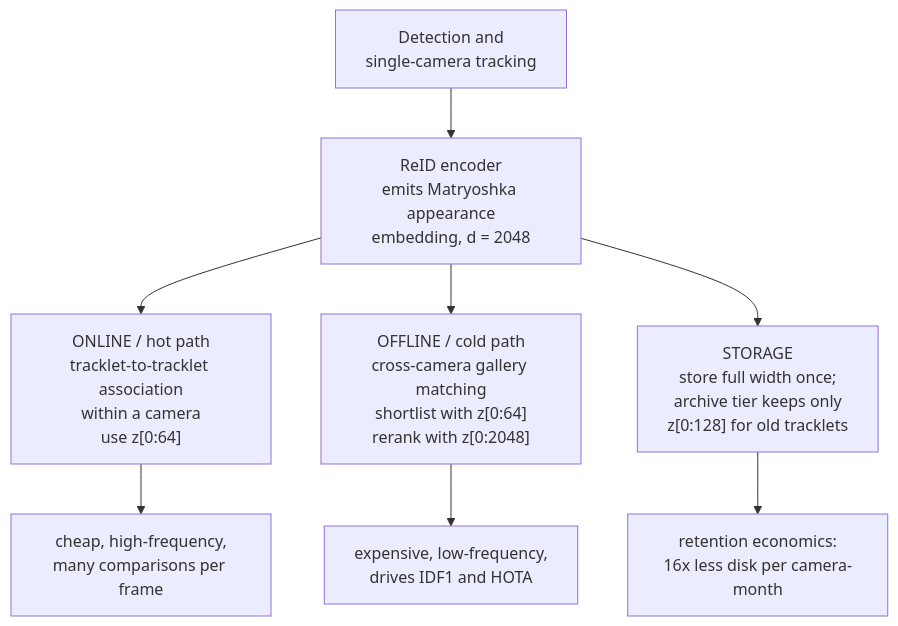
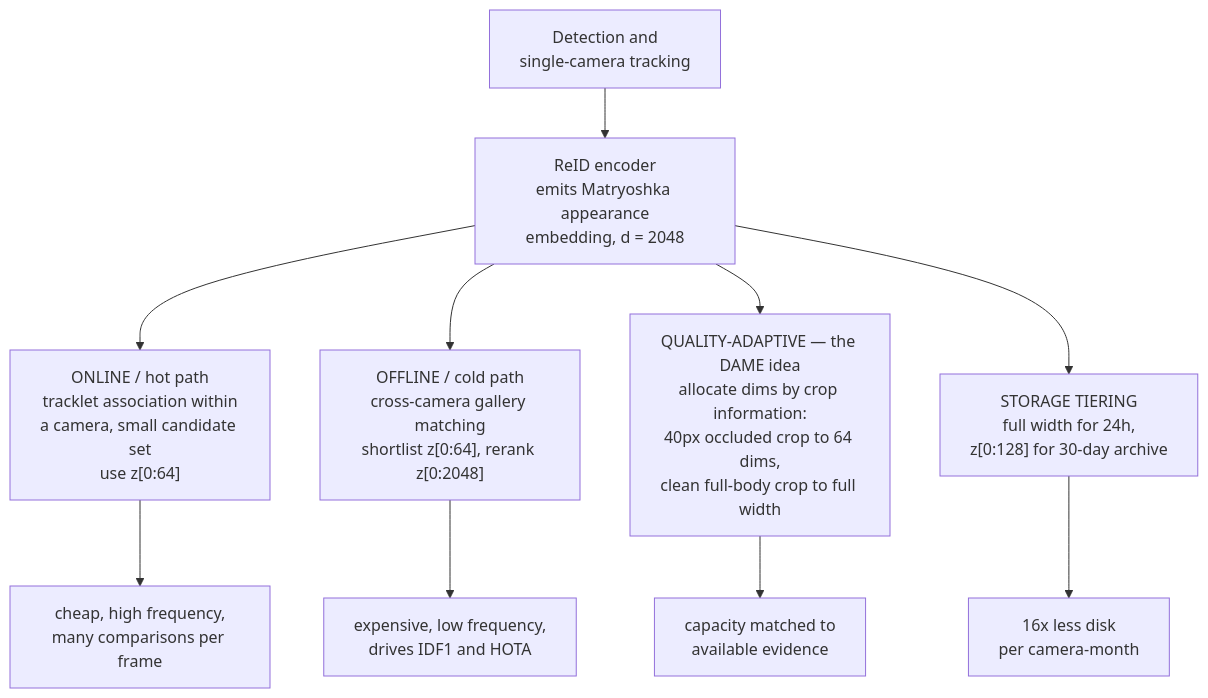
One commit to karolmajek/torment-nexus changed the eighth of 8 diagrams in docs/mrl-kb.md. Above: the diagram before and after it, drawn with Mermaid. The commit also changed other lines of this file, not shown here.

````diff
--- a/docs/mrl-kb.md
+++ b/docs/mrl-kb.md
@@ -386,12 +540,14 @@
 ```mermaid
 flowchart TD
     DET["Detection and<br/>single-camera tracking"] --> EMB["ReID encoder<br/>emits Matryoshka appearance<br/>embedding, d = 2048"]
 
-    EMB --> HOT["ONLINE / hot path<br/>tracklet-to-tracklet association<br/>within a camera<br/>use z[0:64]"]
-    EMB --> COLD["OFFLINE / cold path<br/>cross-camera gallery matching<br/>shortlist with z[0:64]<br/>rerank with z[0:2048]"]
-    EMB --> STORE["STORAGE<br/>store full width once;<br/>archive tier keeps only<br/>z[0:128] for old tracklets"]
+    EMB --> HOT["ONLINE / hot path<br/>tracklet association within<br/>a camera, small candidate set<br/>use z[0:64]"]
+    EMB --> COLD["OFFLINE / cold path<br/>cross-camera gallery matching<br/>shortlist z[0:64], rerank z[0:2048]"]
+    EMB --> QUAL["QUALITY-ADAPTIVE — the DAME idea<br/>allocate dims by crop information:<br/>40px occluded crop to 64 dims,<br/>clean full-body crop to full width"]
+    EMB --> STORE["STORAGE TIERING<br/>full width for 24h,<br/>z[0:128] for 30-day archive"]
 
-    HOT --> ASSOC["cheap, high-frequency,<br/>many comparisons per frame"]
-    COLD --> IDF["expensive, low-frequency,<br/>drives IDF1 and HOTA"]
-    STORE --> RET["retention economics:<br/>16x less disk per camera-month"]
+    HOT --> ASSOC["cheap, high frequency,<br/>many comparisons per frame"]
+    COLD --> IDF["expensive, low frequency,<br/>drives IDF1 and HOTA"]
+    QUAL --> CAP["capacity matched to<br/>available evidence"]
+    STORE --> RET["16x less disk<br/>per camera-month"]
 ```
````
